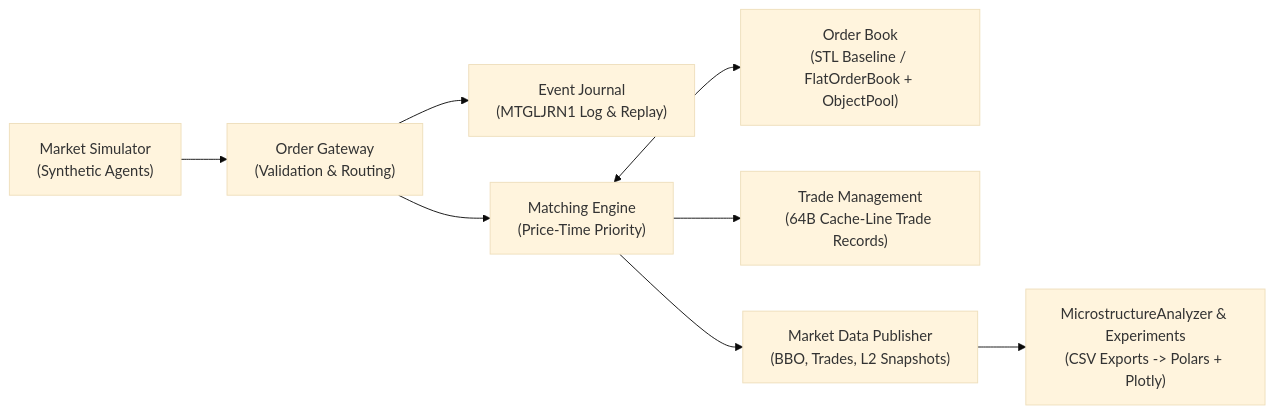
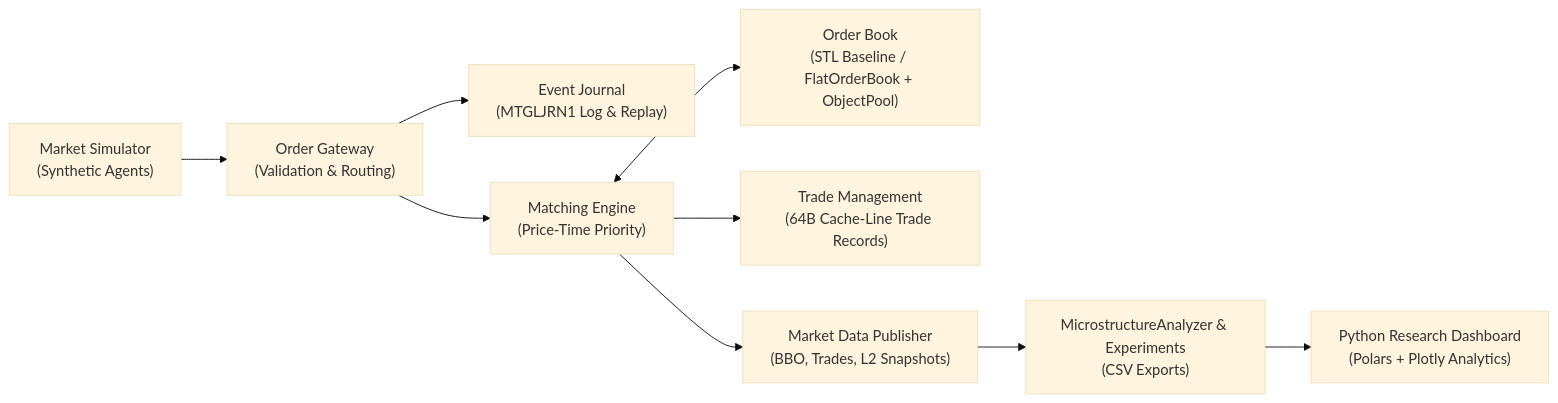
Before and after one commit to uzansar/martingale: the diagram in README.md, drawn with Mermaid (base theme). The commit also changed other lines of this file and 2 other files, not shown here.

````diff
--- a/README.md
+++ b/README.md
@@ -27,10 +27,11 @@
 ```mermaid
 flowchart LR
     Sim["Market Simulator\n(Synthetic Agents)"] --> GW["Order Gateway\n(Validation & Routing)"]
     GW --> EJ["Event Journal\n(MTGLJRN1 Log & Replay)"]
     GW --> ME["Matching Engine\n(Price-Time Priority)"]
     ME <--> OB["Order Book\n(STL Baseline / FlatOrderBook + ObjectPool)"]
     ME --> TM["Trade Management\n(64B Cache-Line Trade Records)"]
     ME --> MDP["Market Data Publisher\n(BBO, Trades, L2 Snapshots)"]
-    MDP --> QR["MicrostructureAnalyzer & Experiments\n(CSV Exports -> Polars + Plotly)"]
+    MDP --> QR["MicrostructureAnalyzer & Experiments\n(CSV Exports)"]
+    QR --> PY["Python Research Dashboard\n(Polars + Plotly Analytics)"]
 ```
````
